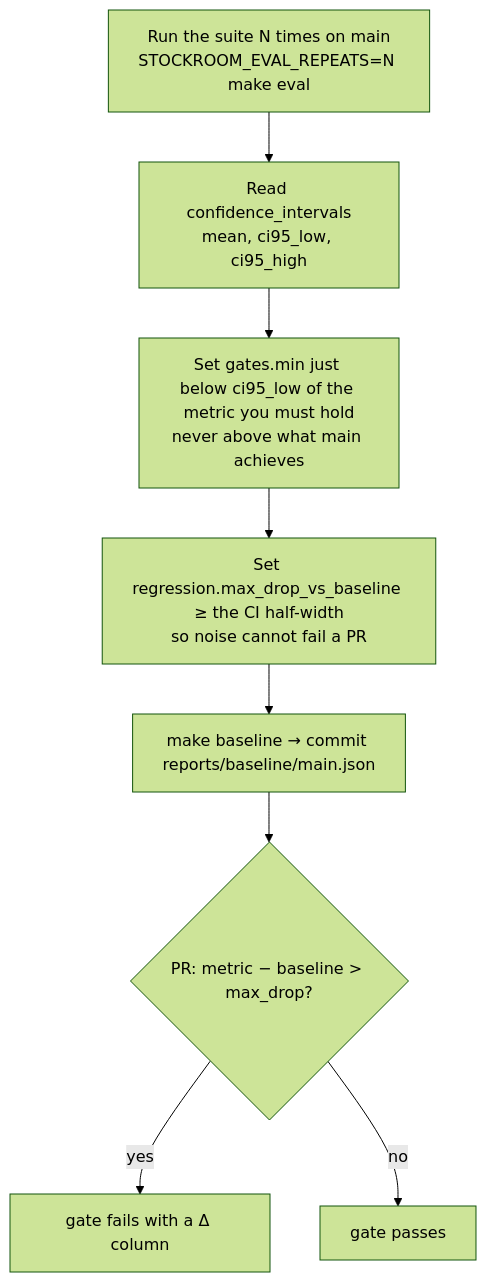
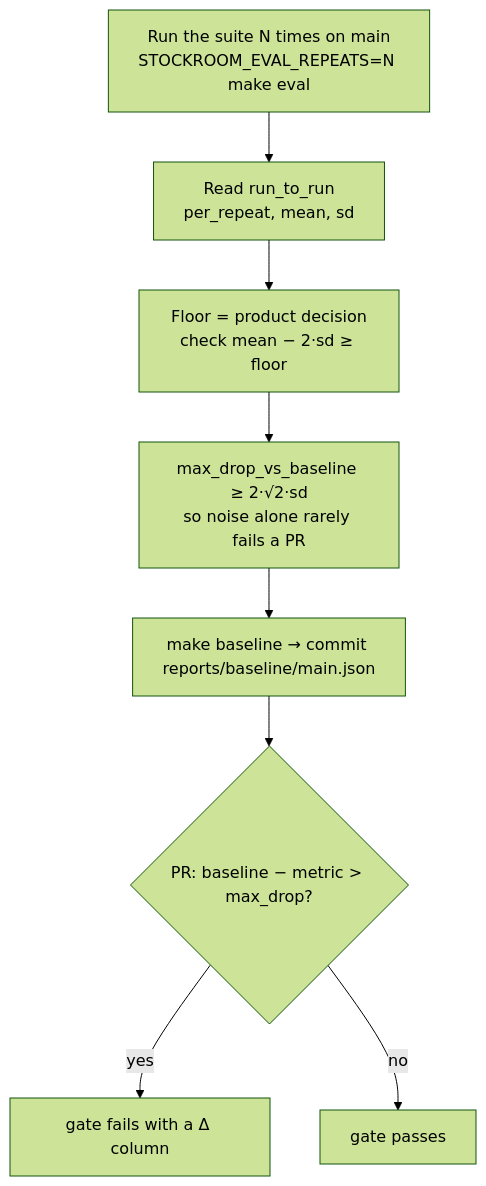
One commit to genial-labs-ai/system_agent_harness_aws changed the second of 6 diagrams in lectures/day4_aws_ci_cd_redteaming.md. Above: the diagram before and after it, drawn with Mermaid (forest theme). The commit also changed other lines of this file, not shown here.

````diff
--- a/lectures/day4_aws_ci_cd_redteaming.md
+++ b/lectures/day4_aws_ci_cd_redteaming.md
@@ -137,10 +166,10 @@
 ```mermaid
 flowchart TD
-  s1[Run the suite N times on main<br/>STOCKROOM_EVAL_REPEATS=N make eval] --> s2[Read confidence_intervals<br/>mean, ci95_low, ci95_high]
-  s2 --> s3[Set gates.min just below ci95_low of the metric you must hold<br/>never above what main achieves]
-  s3 --> s4[Set regression.max_drop_vs_baseline ≥ the CI half-width<br/>so noise cannot fail a PR]
+  s1[Run the suite N times on main<br/>STOCKROOM_EVAL_REPEATS=N make eval] --> s2[Read run_to_run<br/>per_repeat, mean, sd]
+  s2 --> s3[Floor = product decision<br/>check mean − 2·sd ≥ floor]
+  s3 --> s4[max_drop_vs_baseline ≥ 2·√2·sd<br/>so noise alone rarely fails a PR]
   s4 --> s5[make baseline → commit reports/baseline/main.json]
-  s5 --> s6{PR: metric − baseline > max_drop?}
+  s5 --> s6{PR: baseline − metric > max_drop?}
   s6 -- yes --> f[gate fails with a Δ column]
   s6 -- no --> p[gate passes]
 ```
````
